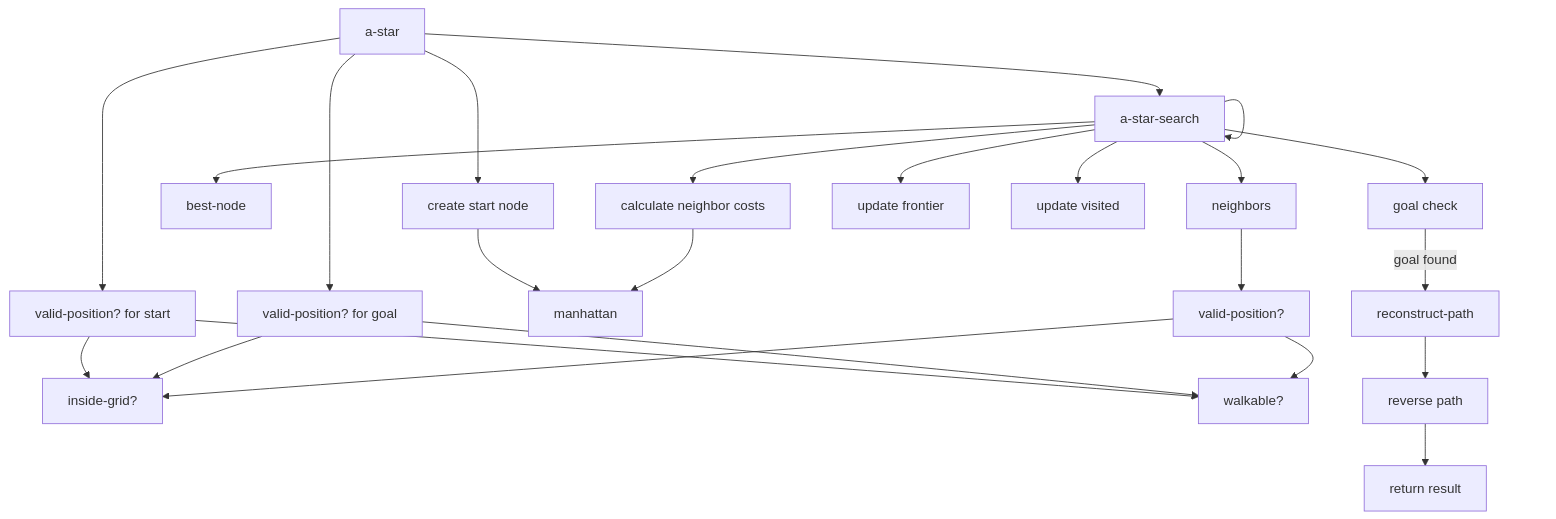
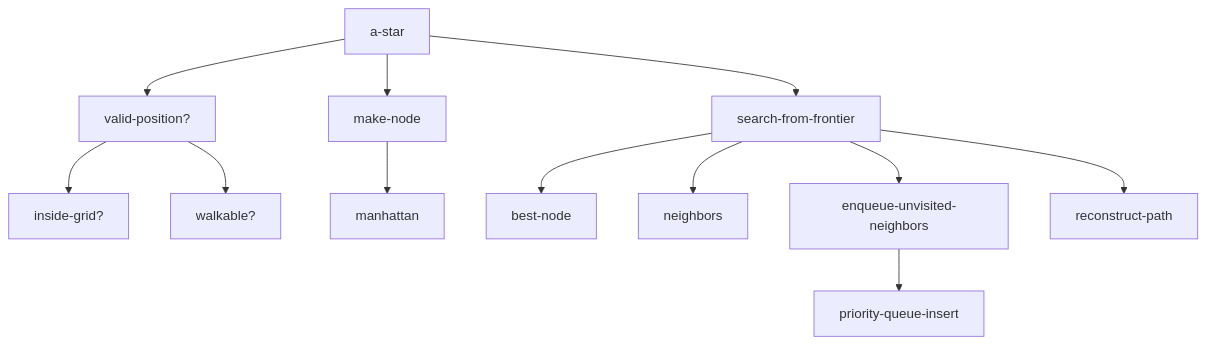
The second of 4 diagrams in README.md (Berthou05/TC2037-Paradigm), drawn with Mermaid before and after one commit. The commit also changed other lines of this file and 20 other files, not shown here.

Commit message:
Updated version with mermaid and visualization

````diff
--- a/README.md
+++ b/README.md
@@ -158,33 +285,14 @@
 ```mermaid
 flowchart TD
-    A[a-star] --> B[valid-position? for start]
-    A --> C[valid-position? for goal]
-
-    B --> D[inside-grid?]
-    B --> E[walkable?]
-    C --> D
-    C --> E
-
-    A --> F[create start node]
-    F --> G[manhattan]
-
-    A --> H[a-star-search]
-    H --> I[best-node]
-    H --> J[goal check]
-    H --> K[neighbors]
-
-    K --> L[valid-position?]
-    L --> D
-    L --> E
-
-    H --> M[calculate neighbor costs]
-    M --> G
-
-    H --> N[update frontier]
-    H --> O[update visited]
-    H --> H
-
-    J -->|goal found| P[reconstruct-path]
-    P --> Q[reverse path]
-    Q --> R[return result]
+    A["a-star"] --> B["valid-position?"]
+    B --> C["inside-grid?"]
+    B --> D["walkable?"]
+    A --> E["make-node"]
+    E --> F["manhattan"]
+    A --> G["search-from-frontier"]
+    G --> H["best-node"]
+    G --> I["neighbors"]
+    G --> J["enqueue-unvisited-neighbors"]
+    J --> K["priority-queue-insert"]
+    G --> L["reconstruct-path"]
 ```
````
